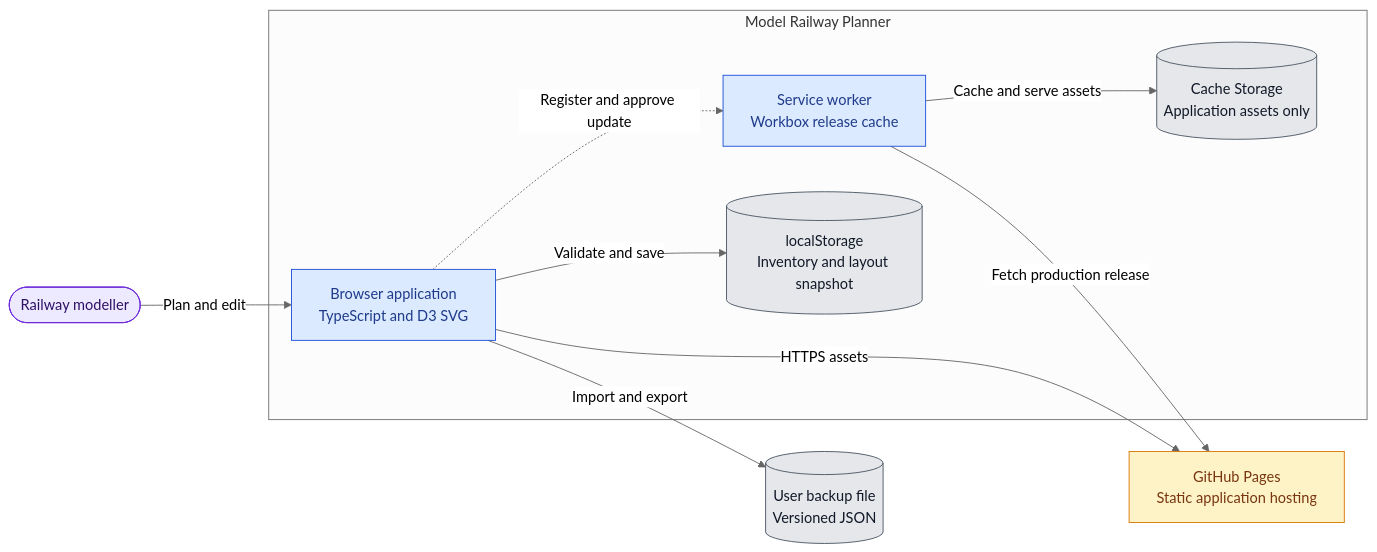
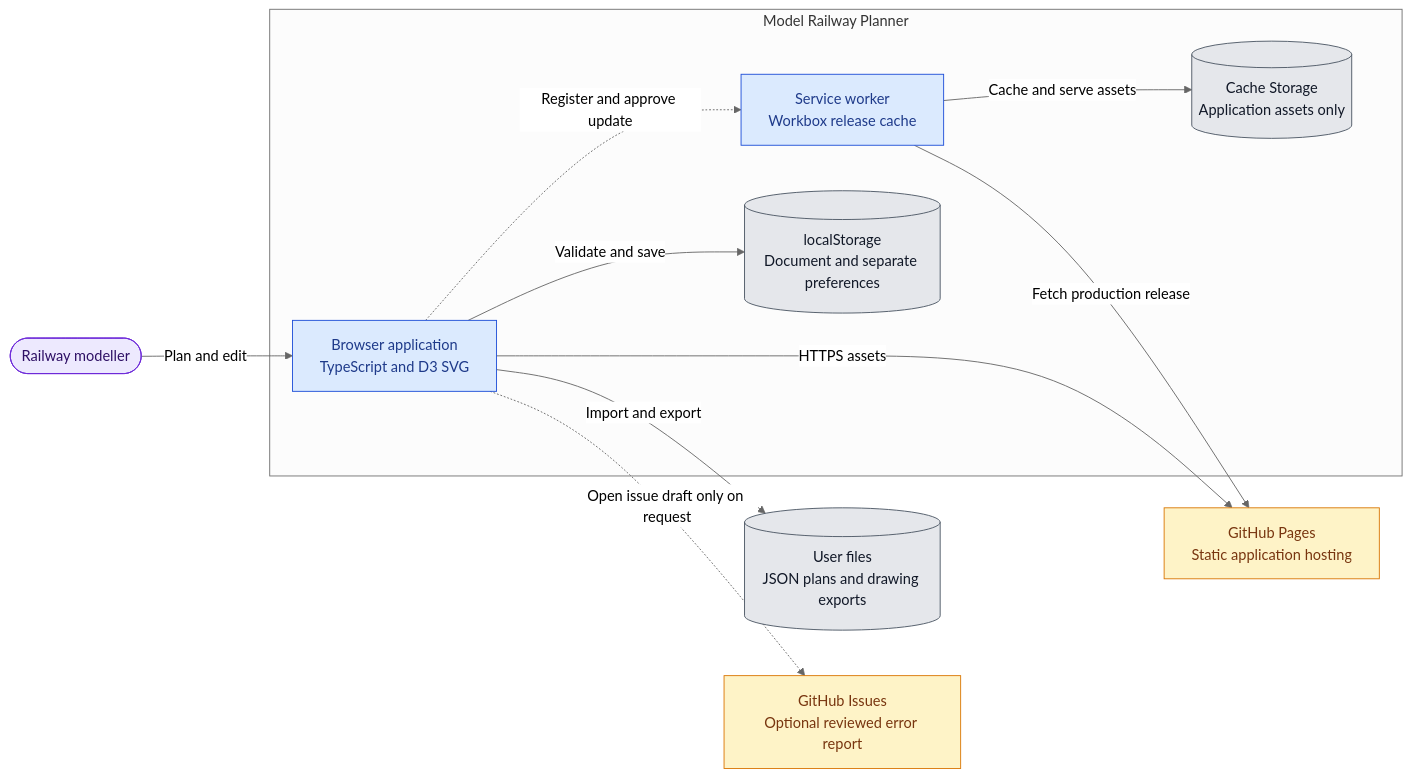
The first of 3 diagrams in docs/architecture.md (f2calv/model-railway-planner), drawn with Mermaid (neutral theme) before and after one commit. The commit also changed other lines of this file and 17 other files, not shown here.

````diff
--- a/docs/architecture.md
+++ b/docs/architecture.md
@@ -13,23 +13,25 @@
 ```mermaid
 flowchart LR
     user(["Railway modeller"]):::person
     pages["GitHub Pages<br/>Static application hosting"]:::external
     subgraph planner [Model Railway Planner]
         browser["Browser application<br/>TypeScript and D3 SVG"]:::container
         worker["Service worker<br/>Workbox release cache"]:::container
-        documents[("localStorage<br/>Inventory and layout snapshot")]:::store
+        documents[("localStorage<br/>Document and separate preferences")]:::store
         cache[("Cache Storage<br/>Application assets only")]:::store
     end
-    backup[("User backup file<br/>Versioned JSON")]:::store
+    backup[("User files<br/>JSON plans and drawing exports")]:::store
+    issues["GitHub Issues<br/>Optional reviewed error report"]:::external
     user -->|"Plan and edit"| browser
     browser -->|"HTTPS assets"| pages
     browser -->|"Validate and save"| documents
     browser -->|"Import and export"| backup
+    browser -.->|"Open issue draft only on request"| issues
     browser -.->|"Register and approve update"| worker
     worker -->|"Cache and serve assets"| cache
     worker -->|"Fetch production release"| pages
     classDef person fill:#ede9fe,stroke:#6d28d9,color:#2e1065
     classDef container fill:#dbeafe,stroke:#1d4ed8,color:#1e3a8a
     classDef store fill:#e5e7eb,stroke:#4b5563,color:#111827
     classDef external fill:#fef3c7,stroke:#d97706,color:#78350f
 ```
````
